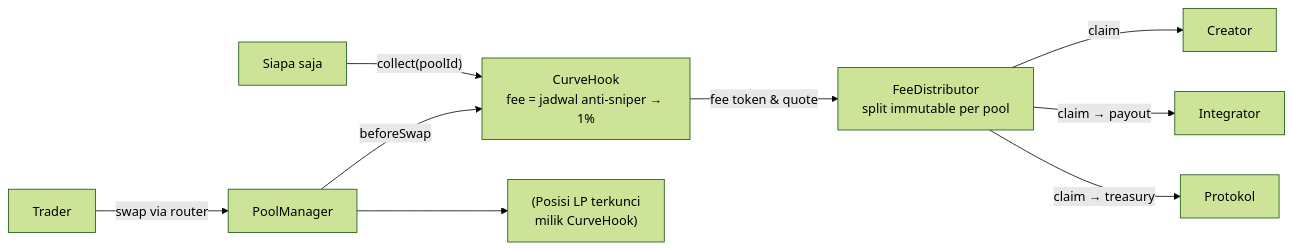
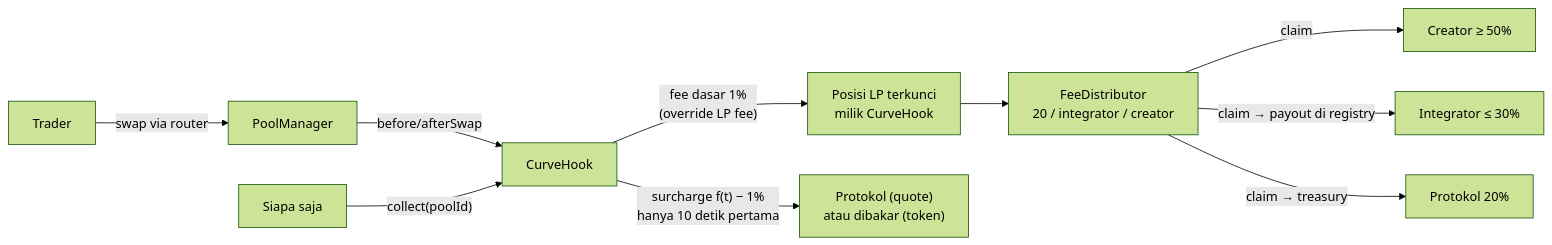
One commit to fdlr28/cpanelwpku changed the third of 3 diagrams in docs/desain/02-desain-arsitektur.md. Above: the diagram before and after it, drawn with Mermaid (forest theme). The commit also changed other lines of this file and 2 other files, not shown here.

````diff
--- a/docs/desain/02-desain-arsitektur.md
+++ b/docs/desain/02-desain-arsitektur.md
@@ -336,11 +394,12 @@
 ```mermaid
 flowchart LR
   T["Trader"] -->|"swap via router"| PM["PoolManager"]
-  PM -->|"beforeSwap"| CH["CurveHook<br/>fee = jadwal anti-sniper → 1%"]
-  PM --> POS["(Posisi LP terkunci<br/>milik CurveHook)"]
+  PM -->|"before/afterSwap"| CH["CurveHook"]
+  CH -->|"fee dasar 1%<br/>(override LP fee)"| POS["Posisi LP terkunci<br/>milik CurveHook"]
+  CH -->|"surcharge f(t) − 1%<br/>hanya 10 detik pertama"| SUR["Protokol (quote)<br/>atau dibakar (token)"]
   K["Siapa saja"] -->|"collect(poolId)"| CH
-  CH -->|"fee token & quote"| FD["FeeDistributor<br/>split immutable per pool"]
-  FD -->|"claim"| C["Creator"]
-  FD -->|"claim → payout"| I["Integrator"]
-  FD -->|"claim → treasury"| P["Protokol"]
+  POS --> FD["FeeDistributor<br/>20 / integrator / creator"]
+  FD -->|"claim"| C["Creator ≥ 50%"]
+  FD -->|"claim → payout di registry"| I["Integrator ≤ 30%"]
+  FD -->|"claim → treasury"| P["Protokol 20%"]
 ```
````
